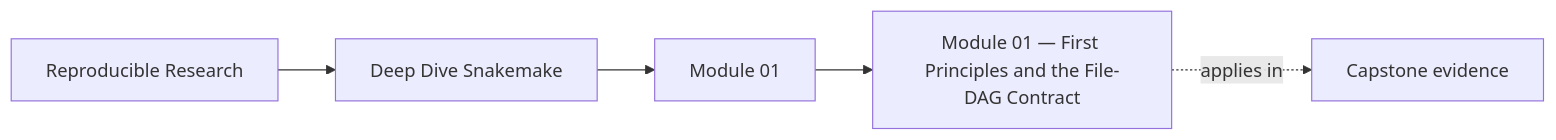
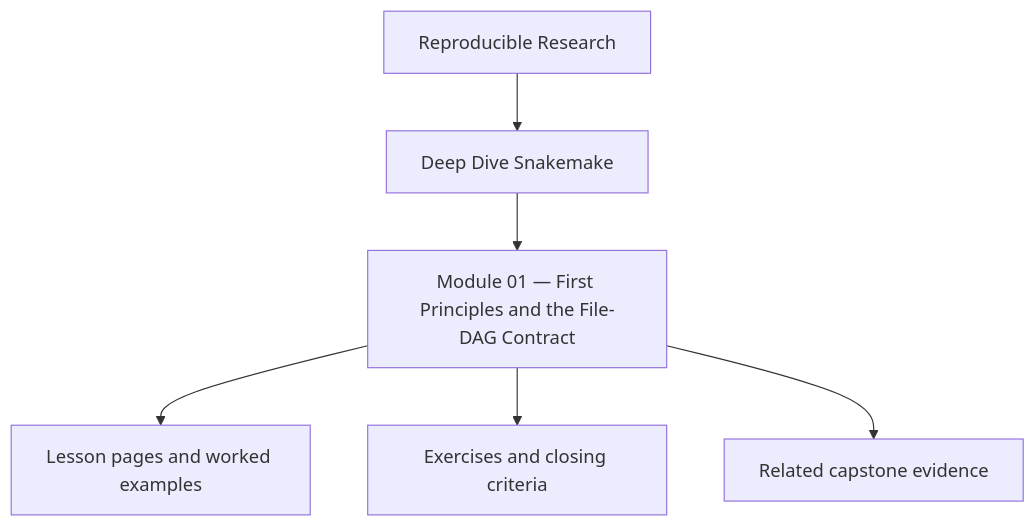
The first of 4 diagrams in programs/reproducible-research/deep-dive-snakemake/course-book/module-01-file-contracts-and-the-workflow-dag/index.md (bijux/bijux-masterclass), drawn with Mermaid before and after one commit. The commit also changed other lines of this file and 10 other files, not shown here.

Commit message:
docs(deep-dive-snakemake): reposition module overview diagrams

````diff
--- a/programs/reproducible-research/deep-dive-snakemake/course-book/module-01-file-contracts-and-the-workflow-dag/index.md
+++ b/programs/reproducible-research/deep-dive-snakemake/course-book/module-01-file-contracts-and-the-workflow-dag/index.md
@@ -9,11 +9,8 @@
 ```mermaid
-graph LR
-  family["Reproducible Research"]
-  program["Deep Dive Snakemake"]
-  section["Module 01"]
-  page["Module 01 — First Principles and the File-DAG Contract"]
-  capstone["Capstone evidence"]
-
-  family --> program --> section --> page
-  page -.applies in.-> capstone
+flowchart TD
+  family["Reproducible Research"] --> program["Deep Dive Snakemake"]
+  program --> module["Module 01 — First Principles and the File-DAG Contract"]
+  module --> lessons["Lesson pages and worked examples"]
+  module --> checkpoints["Exercises and closing criteria"]
+  module --> capstone["Related capstone evidence"]
 ```
````
